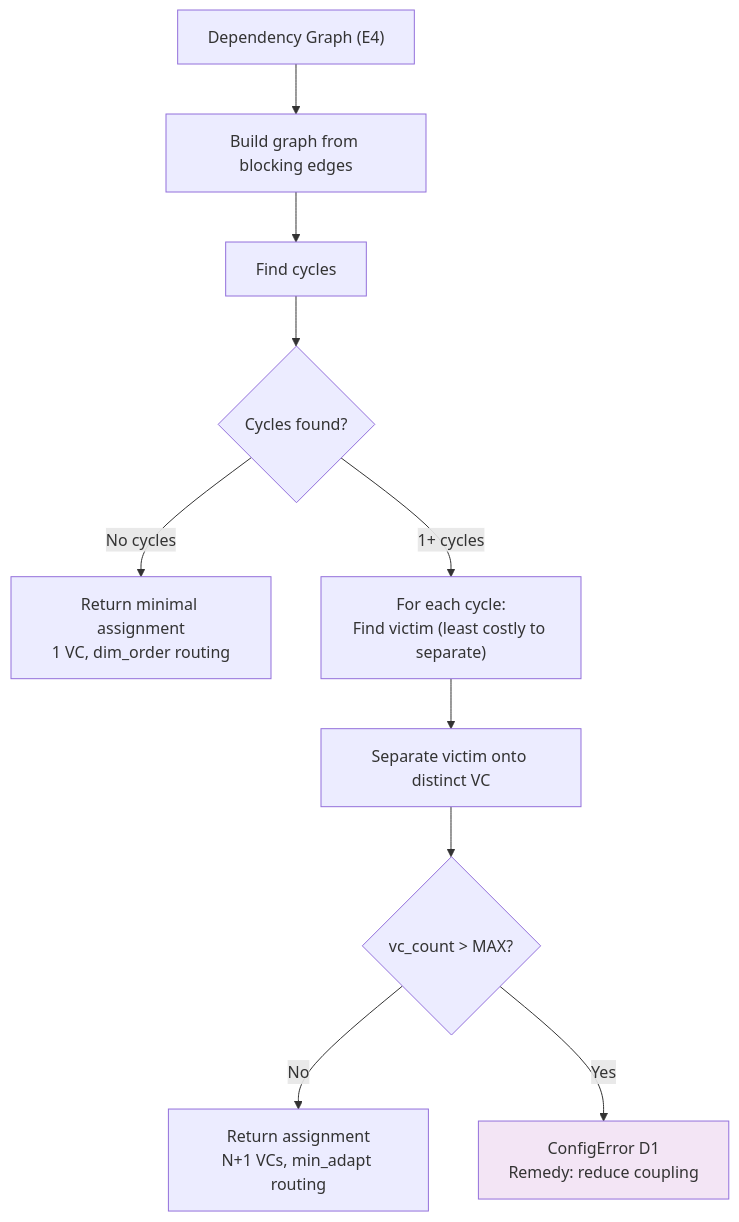
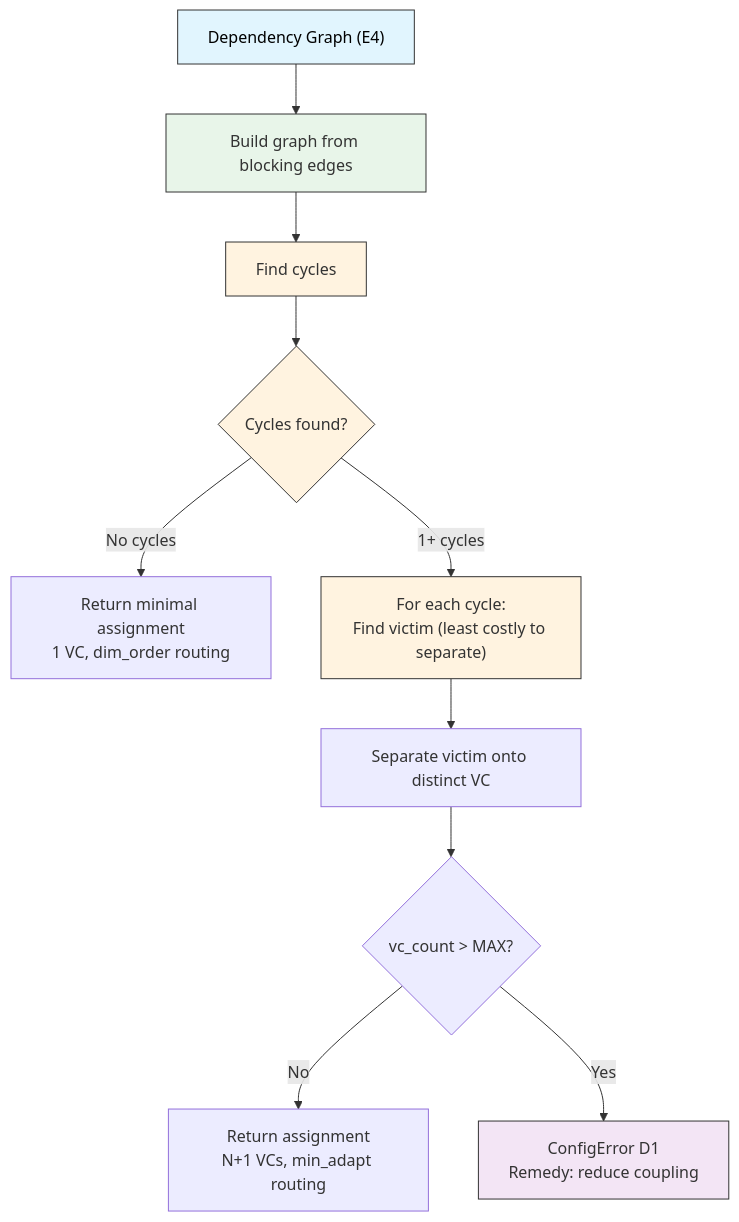
One commit to Anmol-S314/veritx-research changed diagram 13 of 17 in tracks/t3-topology/dse/README.md. Above: the diagram before and after it, drawn with Mermaid. The commit also changed other lines of this file and 1 other file, not shown here.

First line of the commit message:
docs: improve Mermaid diagram styling across all 22 diagrams

````diff
--- a/tracks/t3-topology/dse/README.md
+++ b/tracks/t3-topology/dse/README.md
@@ -1738,13 +1898,27 @@
 ```mermaid
 flowchart TD
     A["Dependency Graph (E4)"] --> B["Build graph from blocking edges"]
     B --> C["Find cycles"]
     C --> D{"Cycles found?"}
     D -->|"No cycles"| E["Return minimal assignment\n1 VC, dim_order routing"]
     D -->|"1+ cycles"| F["For each cycle:\nFind victim (least costly to separate)"]
     F --> G["Separate victim onto distinct VC"]
     G --> H{"vc_count > MAX?"}
     H -->|"No"| I["Return assignment\nN+1 VCs, min_adapt routing"]
     H -->|"Yes"| J[" ConfigError D1\nRemedy: reduce coupling"]
-    style J fill:#f3e5f5
+
+    style A fill:#e1f5fe,stroke:#333
+    style B fill:#e8f5e9,stroke:#333
+    style C fill:#fff3e0,stroke:#333
+    style D fill:#fff3e0,stroke:#333
+    style F fill:#fff3e0,stroke:#333
+    style J fill:#f3e5f5,stroke:#333
+
+
+    classDef input fill:#e1f5fe,stroke:#01579b,color:#000
+    classDef cli fill:#e8f5e9,stroke:#2e7d32,color:#000
+    classDef sim fill:#fff3e0,stroke:#e65100,color:#000
+    classDef api fill:#fce4ec,stroke:#c62828,color:#000
+    classDef output fill:#f3e5f5,stroke:#6a1b9a,color:#000
+    class A cli
 ```
````
